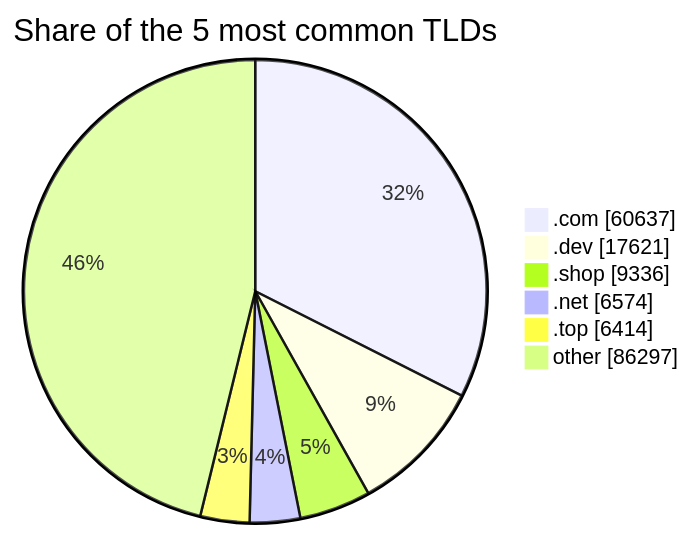
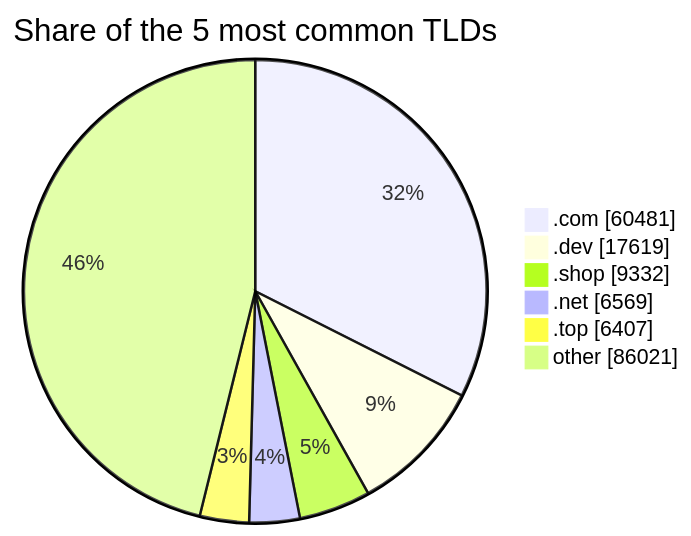
Before and after one commit to DNSBunker/CTI: the third of 3 diagrams in README.md, drawn with Mermaid. The commit also changed other lines of this file and 3 other files, not shown here.

````diff
--- a/README.md
+++ b/README.md
@@ -81,9 +81,9 @@
 ```mermaid
 pie showData title Share of the 5 most common TLDs
-    ".com" : 60637
-    ".dev" : 17621
-    ".shop" : 9336
-    ".net" : 6574
-    ".top" : 6414
-    "other" : 86297
+    ".com" : 60481
+    ".dev" : 17619
+    ".shop" : 9332
+    ".net" : 6569
+    ".top" : 6407
+    "other" : 86021
 ```
````
